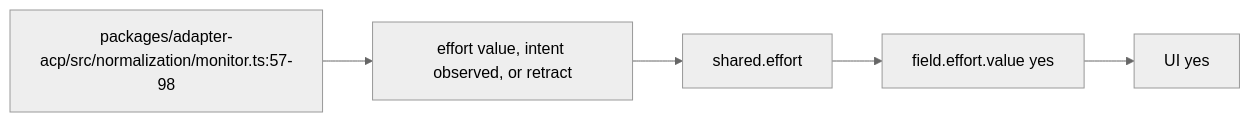
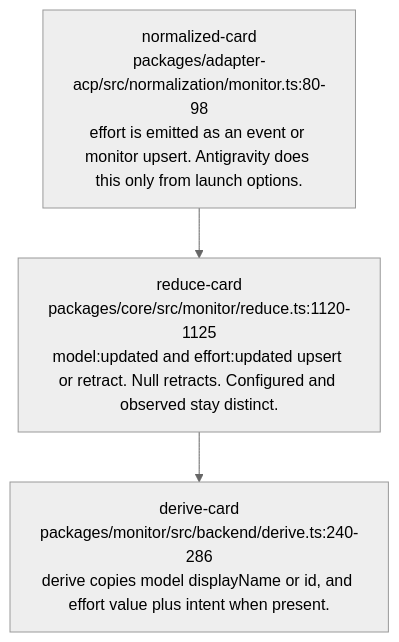
The diagram in audit/godview/evidence/acp/effort.value.mmd (vibefield/vibefield), drawn with Mermaid (neutral theme) before and after one commit. The commit also changed 1665 other files, not shown here.

```diff
--- a/audit/godview/evidence/acp/effort.value.mmd
+++ b/audit/godview/evidence/acp/effort.value.mmd
@@ -1,11 +1,9 @@
-%% graph_ref: shared.effort
+%% field: field.effort.value
 %% adapter: acp
-%% field: field.effort.value
-%% forensic: source-read at 748d015; not a live sample
-flowchart LR
-  src["packages/adapter-acp/src/normalization/monitor.ts:57-98"]
-  raw["effort value, intent observed, or retract"]
-  shared["shared.effort"]
-  row["field.effort.value yes"]
-  ui["UI yes"]
-  src --> raw --> shared --> row --> ui
+%% forensic: source-read 748d015a7e393112e0a91dad80111fdf5abe6583; not a live sample
+flowchart TD
+  n0["normalized-card\npackages/adapter-acp/src/normalization/monitor.ts:80-98\neffort is emitted as an event or monitor upsert. Antigravity does this only from launch options."]
+  n1["reduce-card\npackages/core/src/monitor/reduce.ts:1120-1125\nmodel:updated and effort:updated upsert or retract. Null retracts. Configured and observed stay distinct."]
+  n0 --> n1
+  n2["derive-card\npackages/monitor/src/backend/derive.ts:240-286\nderive copies model displayName or id, and effort value plus intent when present."]
+  n1 --> n2
```
